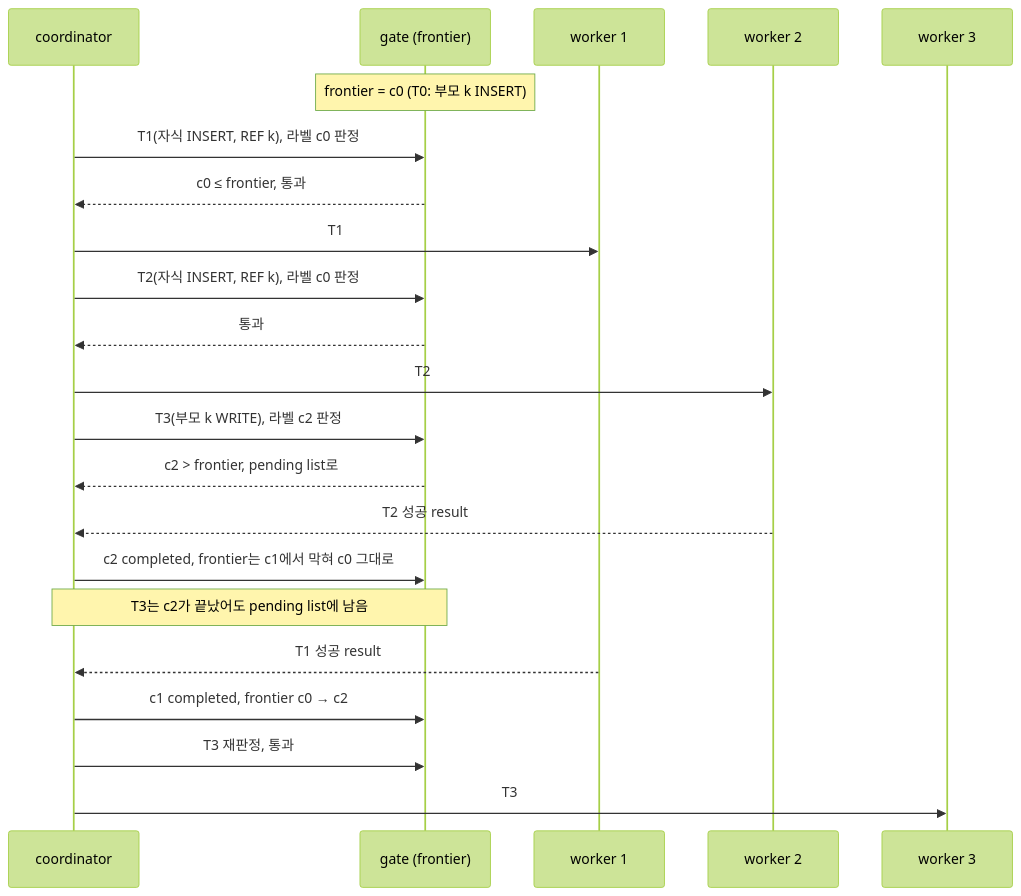
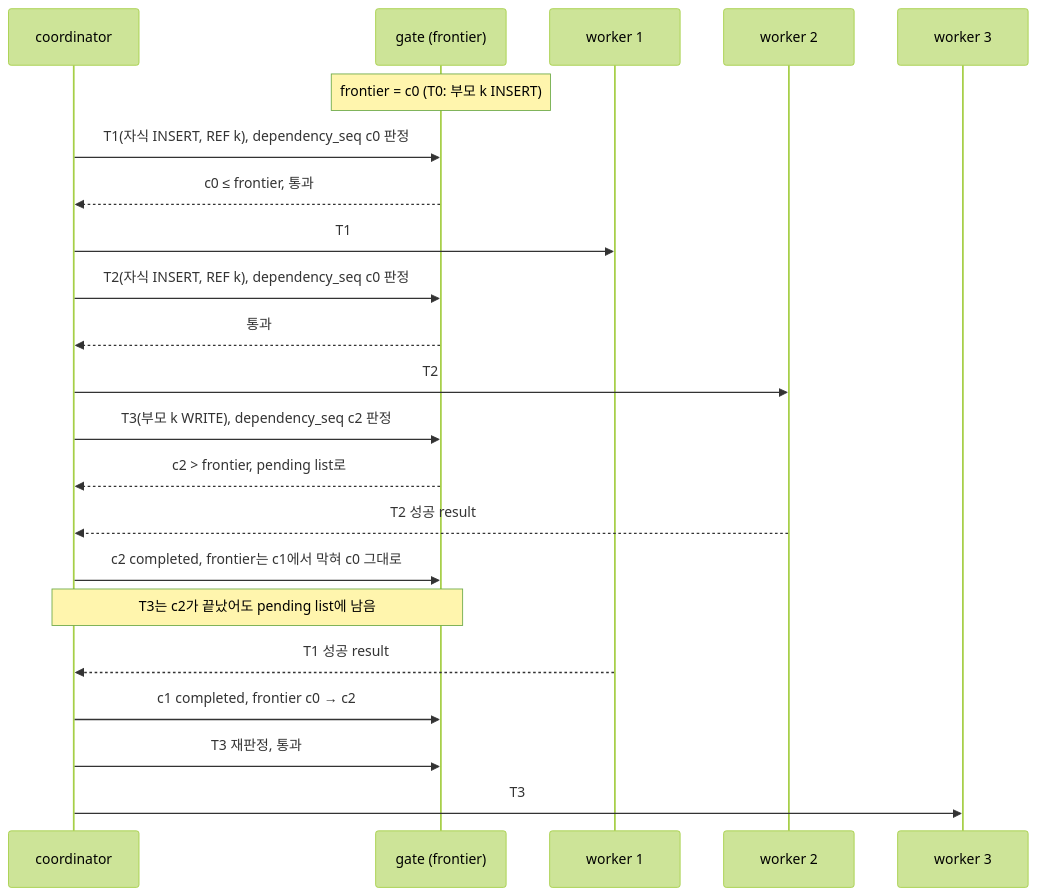
One commit to youngjun9072/Workspace changed the sixth of 8 diagrams in writeset-design/_impl/02-slave-implementation-design.md. Above: the diagram before and after it, drawn with Mermaid (forest theme). The commit also changed other lines of this file and 61 other files, not shown here.

````diff
--- a/writeset-design/_impl/02-slave-implementation-design.md
+++ b/writeset-design/_impl/02-slave-implementation-design.md
@@ -1866,24 +1998,24 @@
 ```mermaid
 sequenceDiagram
   participant C as coordinator
   participant G as gate (frontier)
   participant W1 as worker 1
   participant W2 as worker 2
   participant W3 as worker 3
   Note over G: frontier = c0 (T0: 부모 k INSERT)
-  C->>G: T1(자식 INSERT, REF k), 라벨 c0 판정
+  C->>G: T1(자식 INSERT, REF k), dependency_seq c0 판정
   G-->>C: c0 ≤ frontier, 통과
   C->>W1: T1
-  C->>G: T2(자식 INSERT, REF k), 라벨 c0 판정
+  C->>G: T2(자식 INSERT, REF k), dependency_seq c0 판정
   G-->>C: 통과
   C->>W2: T2
-  C->>G: T3(부모 k WRITE), 라벨 c2 판정
+  C->>G: T3(부모 k WRITE), dependency_seq c2 판정
   G-->>C: c2 > frontier, pending list로
   W2-->>C: T2 성공 result
   C->>G: c2 completed, frontier는 c1에서 막혀 c0 그대로
   Note over C,G: T3는 c2가 끝났어도 pending list에 남음
   W1-->>C: T1 성공 result
   C->>G: c1 completed, frontier c0 → c2
   C->>G: T3 재판정, 통과
   C->>W3: T3
 ```
````
